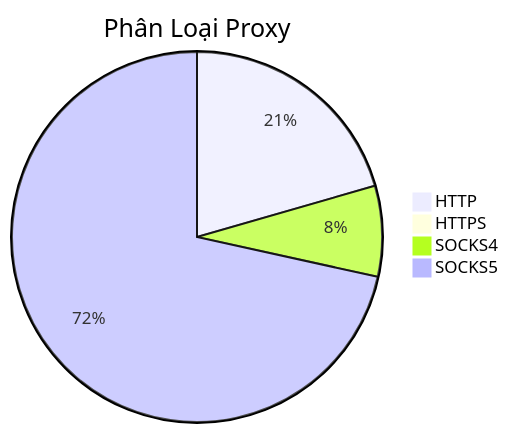
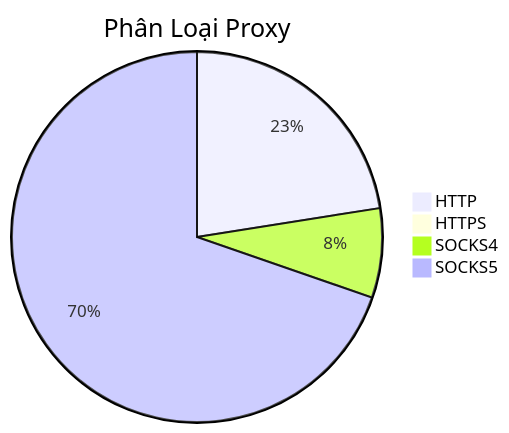
The diagram in README.md (Ciara-Aa/PROXY-free), drawn with Mermaid before and after one commit. The commit also changed other lines of this file and 4 other files, not shown here.

````diff
--- a/README.md
+++ b/README.md
@@ -26,7 +26,7 @@
 ```mermaid
 pie title Phân Loại Proxy
-    "HTTP" : 1179
-    "HTTPS" : 3
-    "SOCKS4" : 454
-    "SOCKS5" : 4107
+    "HTTP" : 1302
+    "HTTPS" : 1
+    "SOCKS4" : 451
+    "SOCKS5" : 4032
 ```
````
